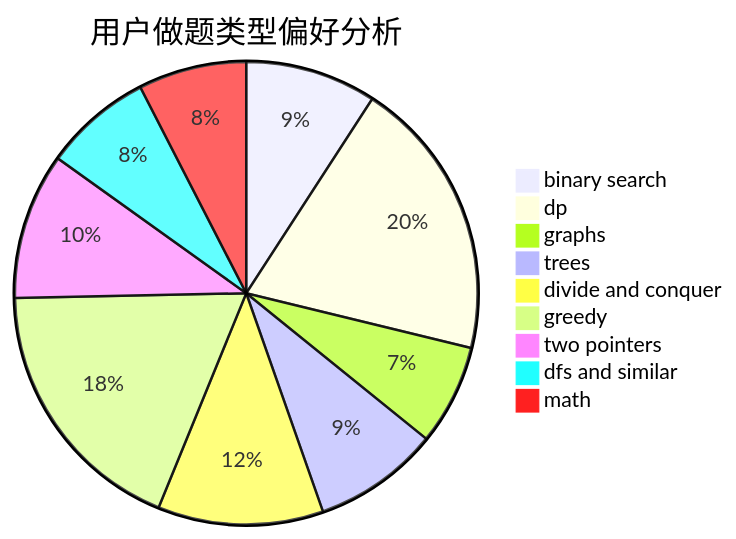
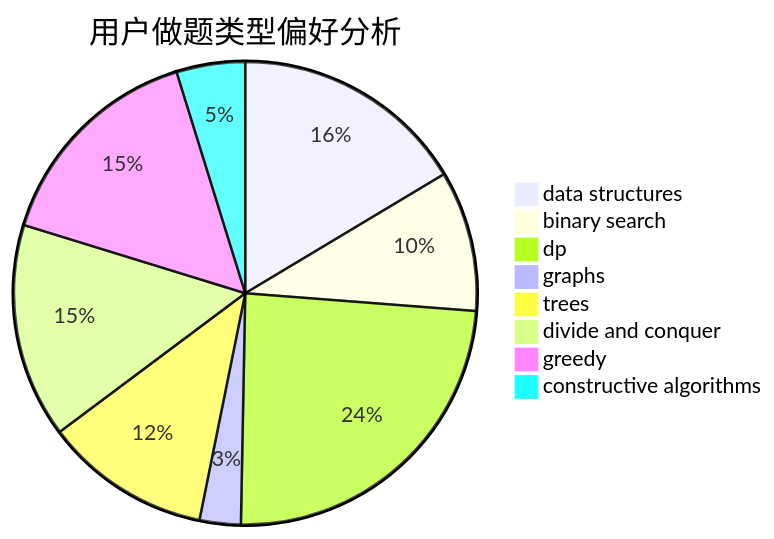
One commit to sherpahu/cfrs.github.io changed the second of 3 diagrams in docs/user/u282.md. Above: the diagram before and after it, drawn with Mermaid. The commit also changed other lines of this file and 2775 other files, not shown here.

````diff
--- a/docs/user/u282.md
+++ b/docs/user/u282.md
@@ -23,12 +23,11 @@
 ```mermaid
 pie title 用户做题类型偏好分析
-    "binary search" :  103
-    "dp" :  221
-    "graphs" :  79
-    "trees" :  99
-    "divide and conquer" :  130
-    "greedy" :  208
-    "two pointers" :  115
-    "dfs and similar" :  85
-    "math" :  85
+    "data structures" :  137
+    "binary search" :  82
+    "dp" :  201
+    "graphs" :  24
+    "trees" :  97
+    "divide and conquer" :  125
+    "greedy" :  129
+    "constructive algorithms" :  40
 ```
````
